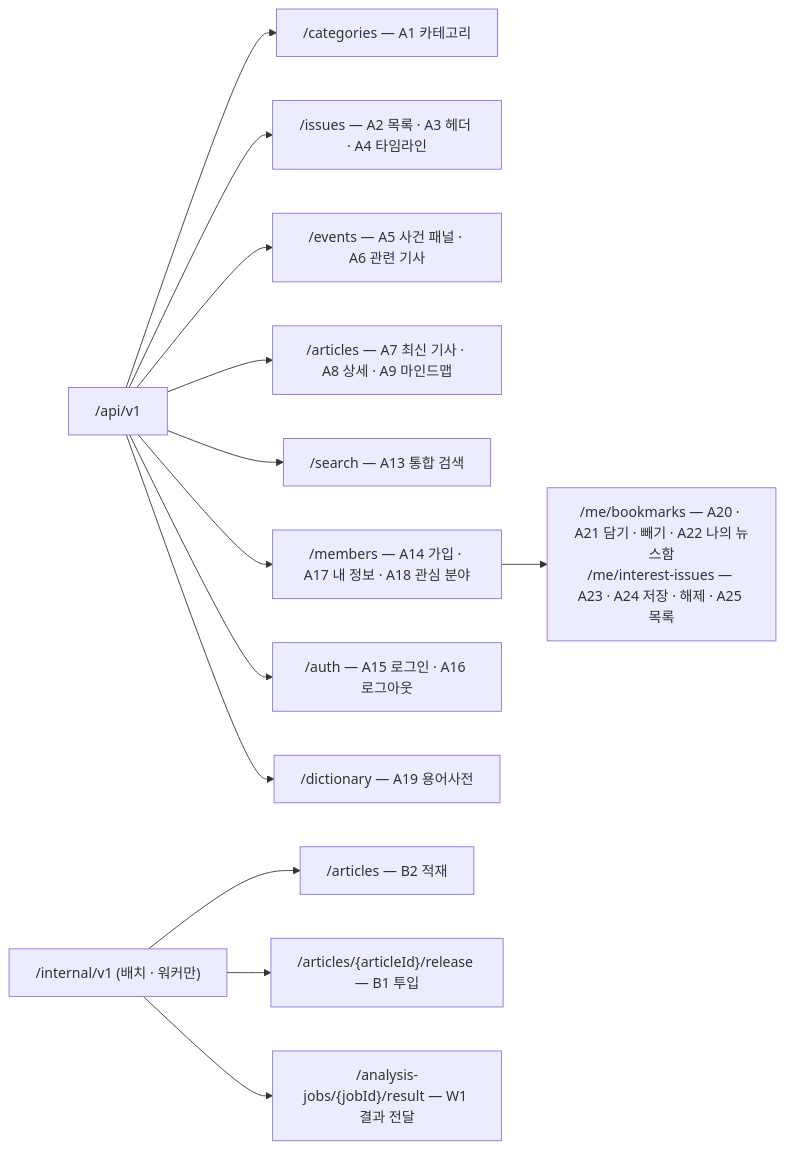
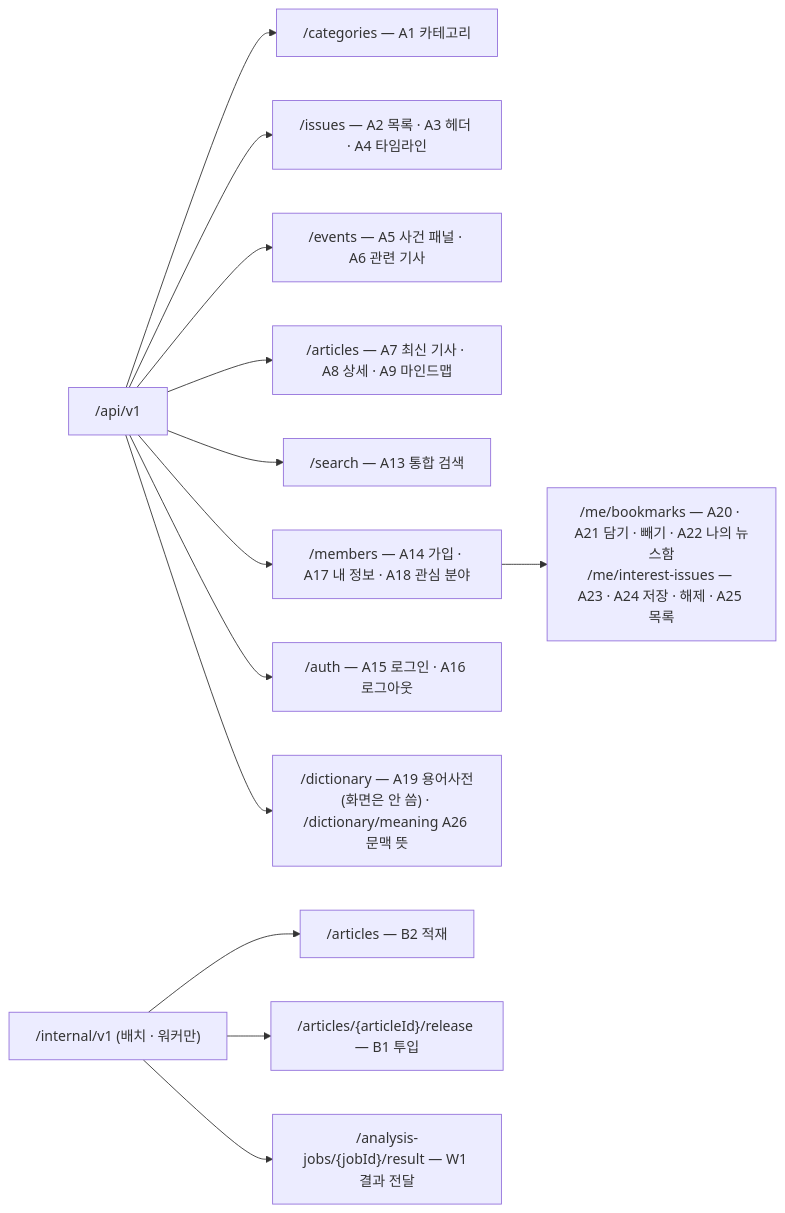
One commit to a102-NEWLEARN/NEW-LEARN changed the third of 5 diagrams in docs/api.md. Above: the diagram before and after it, drawn with Mermaid. The commit also changed other lines of this file and 7 other files, not shown here.

````diff
--- a/docs/api.md
+++ b/docs/api.md
@@ -171,15 +172,15 @@
 ```mermaid
 flowchart LR
   R["/api/v1"] --> C["/categories — A1 카테고리"]
   R --> I["/issues — A2 목록 · A3 헤더 · A4 타임라인"]
   R --> E["/events — A5 사건 패널 · A6 관련 기사"]
   R --> AR["/articles — A7 최신 기사 · A8 상세 · A9 마인드맵"]
   R --> Q["/search — A13 통합 검색"]
   R --> M["/members — A14 가입 · A17 내 정보 · A18 관심 분야"]
   M --> MS["/me/bookmarks — A20 · A21 담기 · 빼기 · A22 나의 뉴스함<br/>/me/interest-issues — A23 · A24 저장 · 해제 · A25 목록"]
   R --> AU["/auth — A15 로그인 · A16 로그아웃"]
-  R --> D["/dictionary — A19 용어사전"]
+  R --> D["/dictionary — A19 용어사전(화면은 안 씀) · /dictionary/meaning A26 문맥 뜻"]
   R2["/internal/v1 (배치 · 워커만)"] --> B2["/articles — B2 적재"]
   R2 --> B1["/articles/{articleId}/release — B1 투입"]
   R2 --> W1["/analysis-jobs/{jobId}/result — W1 결과 전달"]
 ```
````
